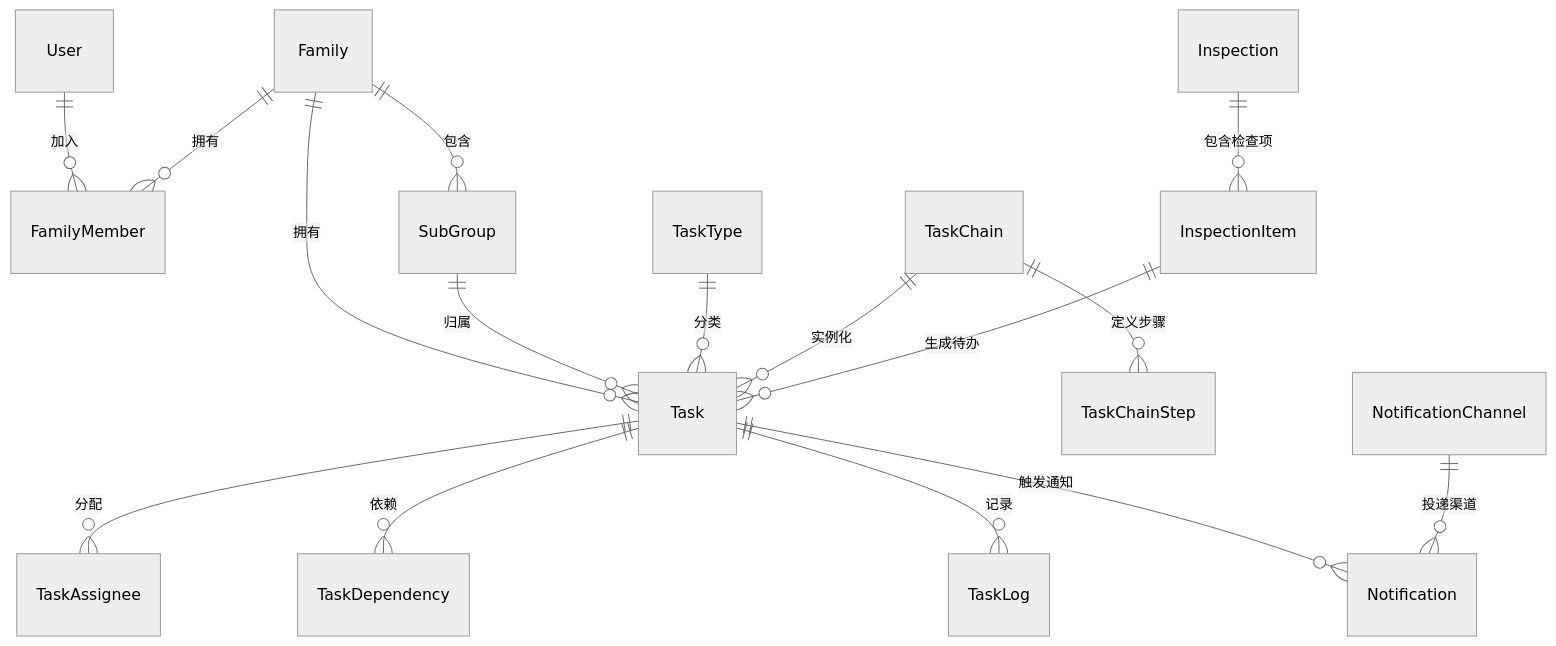
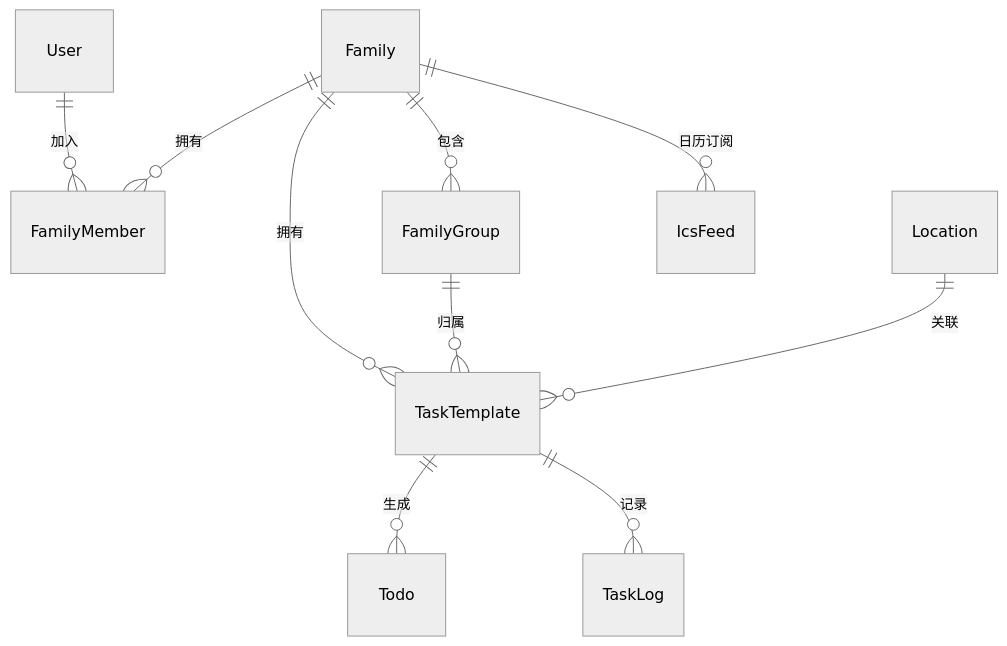
The diagram in README.md (dezhishen/now-and-again), drawn with Mermaid (neutral theme) before and after one commit. The commit also changed other lines of this file and 53 other files, not shown here.

First line of the commit message:
feat: complete task system, ICS, inspection, scope management, Docker & CI

````diff
--- a/README.md
+++ b/README.md
@@ -27,22 +27,12 @@
 ```mermaid
 erDiagram
     User ||--o{ FamilyMember : "加入"
     Family ||--o{ FamilyMember : "拥有"
-    Family ||--o{ SubGroup : "包含"
-    Family ||--o{ Task : "拥有"
-    SubGroup ||--o{ Task : "归属"
-
-    TaskType ||--o{ Task : "分类"
-    Task ||--o{ TaskAssignee : "分配"
-    Task ||--o{ TaskDependency : "依赖"
-    Task ||--o{ TaskLog : "记录"
-
-    TaskChain ||--o{ TaskChainStep : "定义步骤"
-    TaskChain ||--o{ Task : "实例化"
-
-    Inspection ||--o{ InspectionItem : "包含检查项"
-    InspectionItem ||--o{ Task : "生成待办"
-
-    Task ||--o{ Notification : "触发通知"
-    NotificationChannel ||--o{ Notification : "投递渠道"
+    Family ||--o{ FamilyGroup : "包含"
+    Family ||--o{ TaskTemplate : "拥有"
+    FamilyGroup ||--o{ TaskTemplate : "归属"
+    TaskTemplate ||--o{ Todo : "生成"
+    TaskTemplate ||--o{ TaskLog : "记录"
+    Location ||--o{ TaskTemplate : "关联"
+    Family ||--o{ IcsFeed : "日历订阅"
 ```
````
